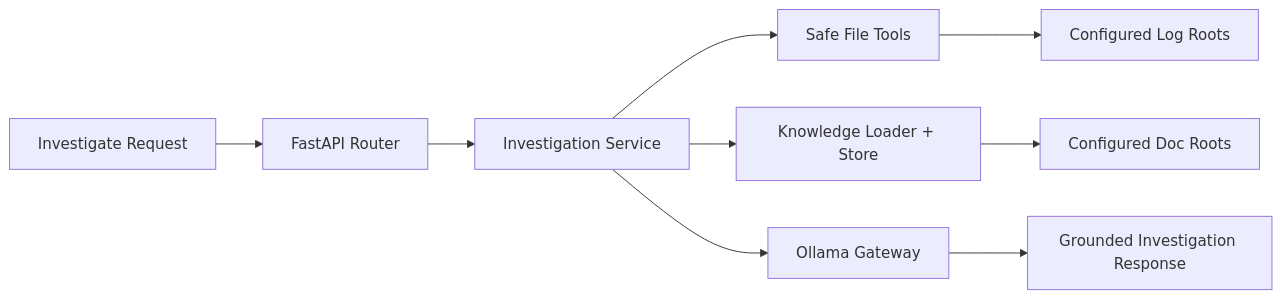
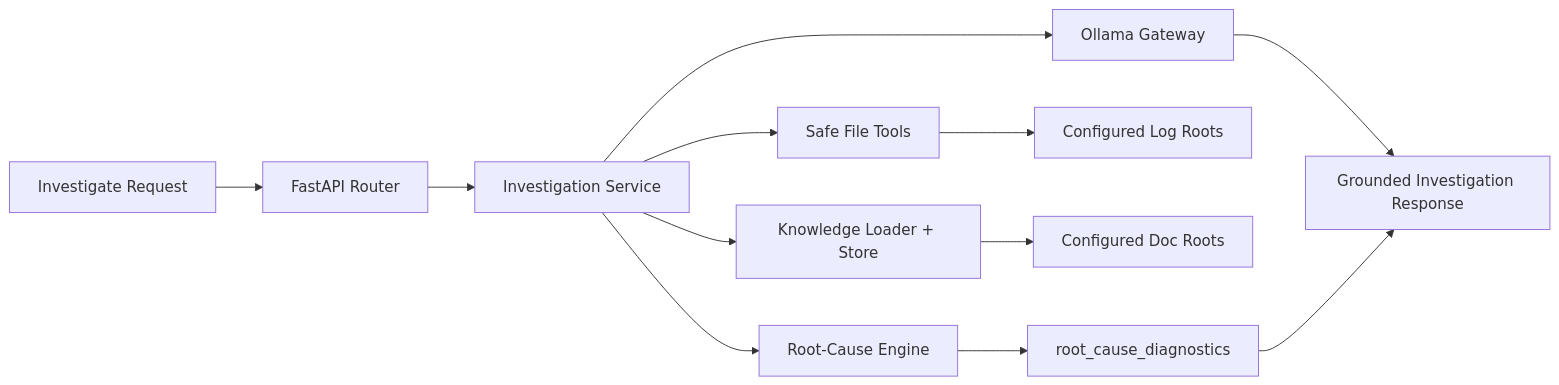
Before and after one commit to saikumar1767/Sentinel-Ops: the fifth of 9 diagrams in docs/architecture.md, drawn with Mermaid. The commit also changed other lines of this file and 43 other files, not shown here.

Commit message:
Month 9 root cause brain upgrade

````diff
--- a/docs/architecture.md
+++ b/docs/architecture.md
@@ -136,11 +142,14 @@
 ```mermaid
 flowchart LR
     Request["Investigate Request"] --> Router["FastAPI Router"]
     Router --> InvestigateService["Investigation Service"]
     InvestigateService --> FileTools["Safe File Tools"]
     InvestigateService --> Retrieval["Knowledge Loader + Store"]
+    InvestigateService --> Brain["Root-Cause Engine"]
     InvestigateService --> Ollama["Ollama Gateway"]
     FileTools --> Logs["Configured Log Roots"]
     Retrieval --> RepoDocs["Configured Doc Roots"]
+    Brain --> Diagnostics["root_cause_diagnostics"]
     Ollama --> Response["Grounded Investigation Response"]
+    Diagnostics --> Response
 ```
````
